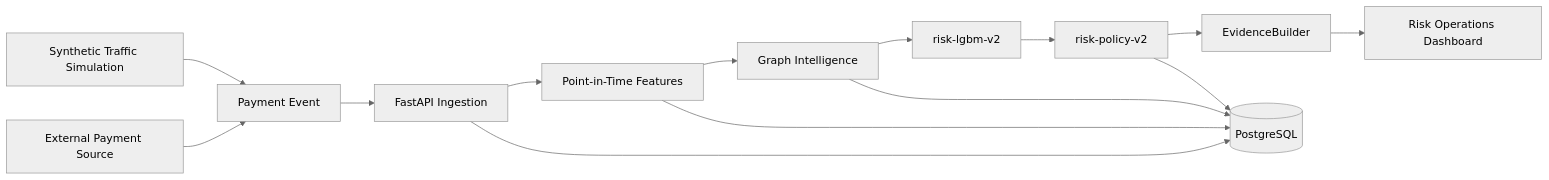
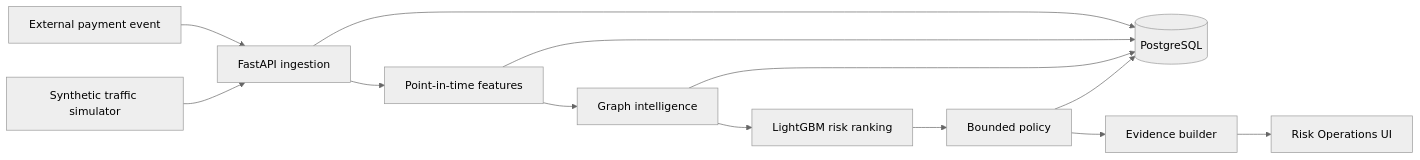
The second of 2 diagrams in README.md (VanshSaraf/aegis-ai-risk-manager), drawn with Mermaid (neutral theme) before and after one commit. The commit also changed other lines of this file and 5 other files, not shown here.

````diff
--- a/README.md
+++ b/README.md
@@ -31,16 +63,15 @@
 ```mermaid
 flowchart LR
-    S[Synthetic Traffic Simulation] --> A[Payment Event]
-    X[External Payment Source] --> A
-    A --> B[FastAPI Ingestion]
-    B --> C[Point-in-Time Features]
-    C --> D[Graph Intelligence]
-    D --> E[risk-lgbm-v2]
-    E --> F[risk-policy-v2]
-    F --> G[EvidenceBuilder]
-    G --> H[Risk Operations Dashboard]
-    B --> P[(PostgreSQL)]
-    C --> P
-    D --> P
-    F --> P
+    EXT[External payment event] --> API[FastAPI ingestion]
+    SIM[Synthetic traffic simulator] --> API
+    API --> DB[(PostgreSQL)]
+    API --> F[Point-in-time features]
+    F --> G[Graph intelligence]
+    G --> M[LightGBM risk ranking]
+    M --> P[Bounded policy]
+    P --> E[Evidence builder]
+    E --> UI[Risk Operations UI]
+    F --> DB
+    G --> DB
+    P --> DB
 ```
````
